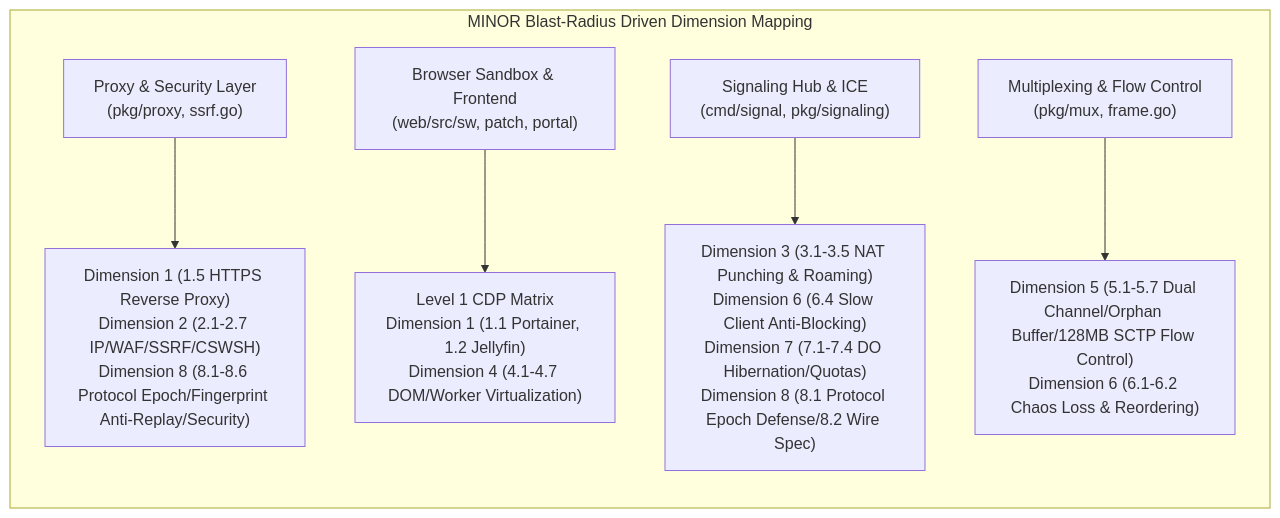
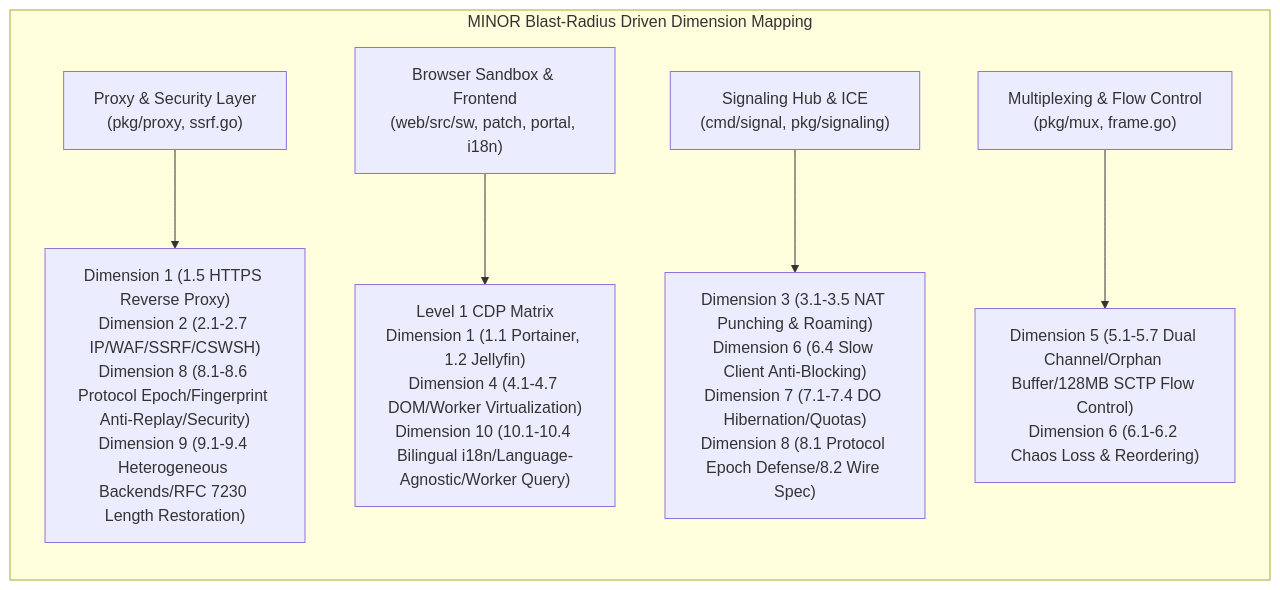
The first of 3 diagrams in docs/en/TESTING_CHECKLIST.md (BeingNoAbility/WebRTC-Gateway), drawn with Mermaid before and after one commit. The commit also changed other lines of this file and 1 other file, not shown here.

Commit message:
docs(test): upgrade to Real-World Testing Checklist 3.0 with heterogeneous runtimes and regression registry

````diff
--- a/docs/en/TESTING_CHECKLIST.md
+++ b/docs/en/TESTING_CHECKLIST.md
@@ -21,9 +21,9 @@
 ```mermaid
 flowchart LR
     subgraph Blast_Radius_Mapping["MINOR Blast-Radius Driven Dimension Mapping"]
-        C1["Proxy & Security Layer<br/>(pkg/proxy, ssrf.go)"] --> R1["Dimension 1 (1.5 HTTPS Reverse Proxy)<br/>Dimension 2 (2.1-2.7 IP/WAF/SSRF/CSWSH)<br/>Dimension 8 (8.1-8.6 Protocol Epoch/Fingerprint Anti-Replay/Security)"]
-        C2["Browser Sandbox & Frontend<br/>(web/src/sw, patch, portal)"] --> R2["Level 1 CDP Matrix<br/>Dimension 1 (1.1 Portainer, 1.2 Jellyfin)<br/>Dimension 4 (4.1-4.7 DOM/Worker Virtualization)"]
+        C1["Proxy & Security Layer<br/>(pkg/proxy, ssrf.go)"] --> R1["Dimension 1 (1.5 HTTPS Reverse Proxy)<br/>Dimension 2 (2.1-2.7 IP/WAF/SSRF/CSWSH)<br/>Dimension 8 (8.1-8.6 Protocol Epoch/Fingerprint Anti-Replay/Security)<br/>Dimension 9 (9.1-9.4 Heterogeneous Backends/RFC 7230 Length Restoration)"]
+        C2["Browser Sandbox & Frontend<br/>(web/src/sw, patch, portal, i18n)"] --> R2["Level 1 CDP Matrix<br/>Dimension 1 (1.1 Portainer, 1.2 Jellyfin)<br/>Dimension 4 (4.1-4.7 DOM/Worker Virtualization)<br/>Dimension 10 (10.1-10.4 Bilingual i18n/Language-Agnostic/Worker Query)"]
         C3["Signaling Hub & ICE<br/>(cmd/signal, pkg/signaling)"] --> R3["Dimension 3 (3.1-3.5 NAT Punching & Roaming)<br/>Dimension 6 (6.4 Slow Client Anti-Blocking)<br/>Dimension 7 (7.1-7.4 DO Hibernation/Quotas)<br/>Dimension 8 (8.1 Protocol Epoch Defense/8.2 Wire Spec)"]
         C4["Multiplexing & Flow Control<br/>(pkg/mux, frame.go)"] --> R4["Dimension 5 (5.1-5.7 Dual Channel/Orphan Buffer/128MB SCTP Flow Control)<br/>Dimension 6 (6.1-6.2 Chaos Loss & Reordering)"]
     end
 ```
````
